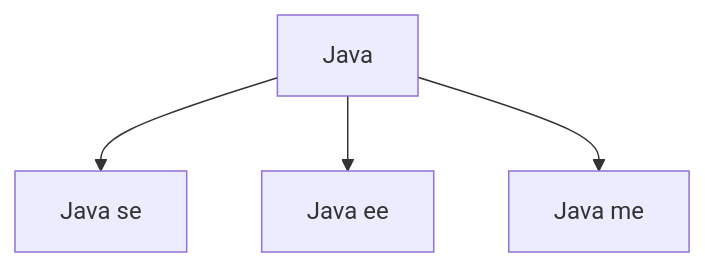
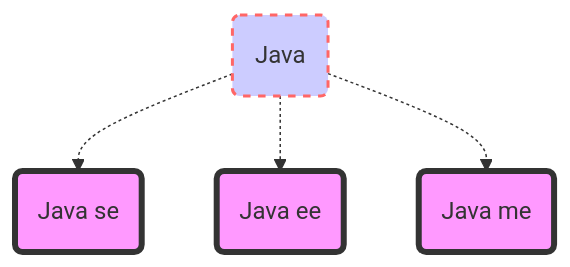
One commit to lyj9172/lyj9172.github.io changed the diagram in _posts/2018-07-10-Java-path.md. Above: the diagram before and after it, drawn with Mermaid. The commit also changed other lines of this file, not shown here.

Commit message:
update mermaid graph

```diff
--- a/_posts/2018-07-10-Java-path.md
+++ b/_posts/2018-07-10-Java-path.md
@@ -14,10 +14,13 @@
 <div class="mermaid">
 graph TD
-    A[Java]
-    B[Java se]
-    C[Java ee]
-    D[Java me]
-    A -->B
-    A -->C
-    A -->D
+    A(Java)
+    B(Java se)
+    C(Java ee)
+    D(Java me)
+    A-.->B
+    A-.->C
+    A-.->D
+    classDef className fill:#f9f,stroke:#333,stroke-width:4px;
+    class B,C,D className;
+    style A fill:#ccf,stroke:#f66,stroke-width:2px,stroke-dasharray: 5, 5
 </div>
```
